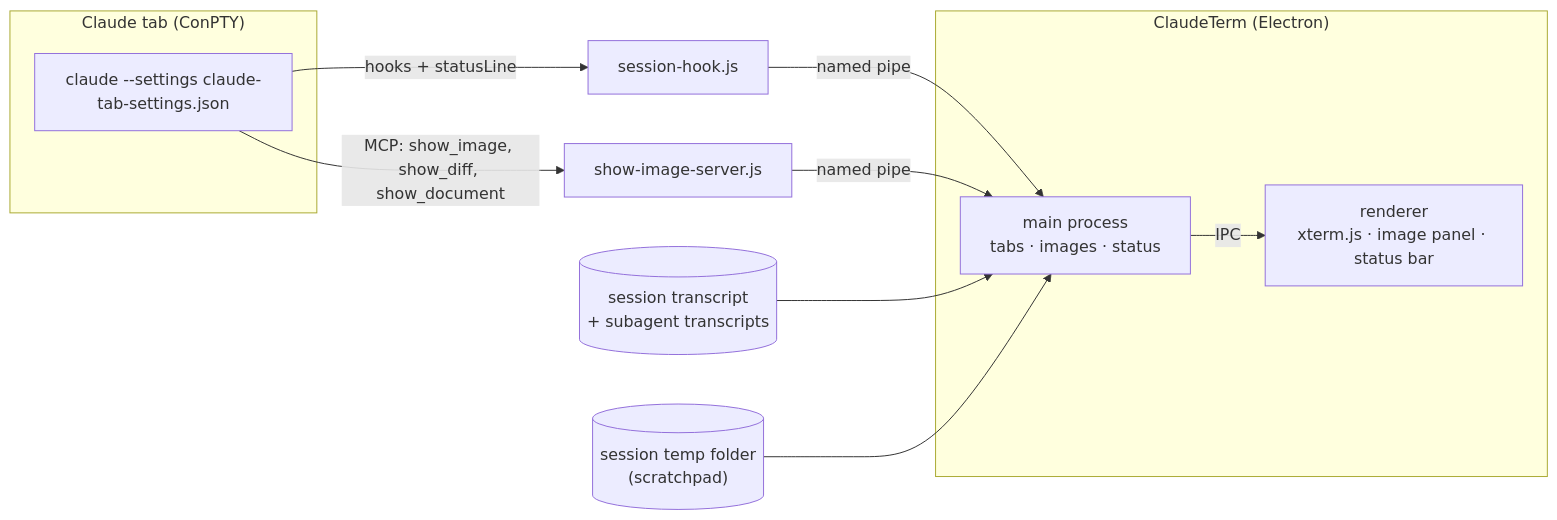
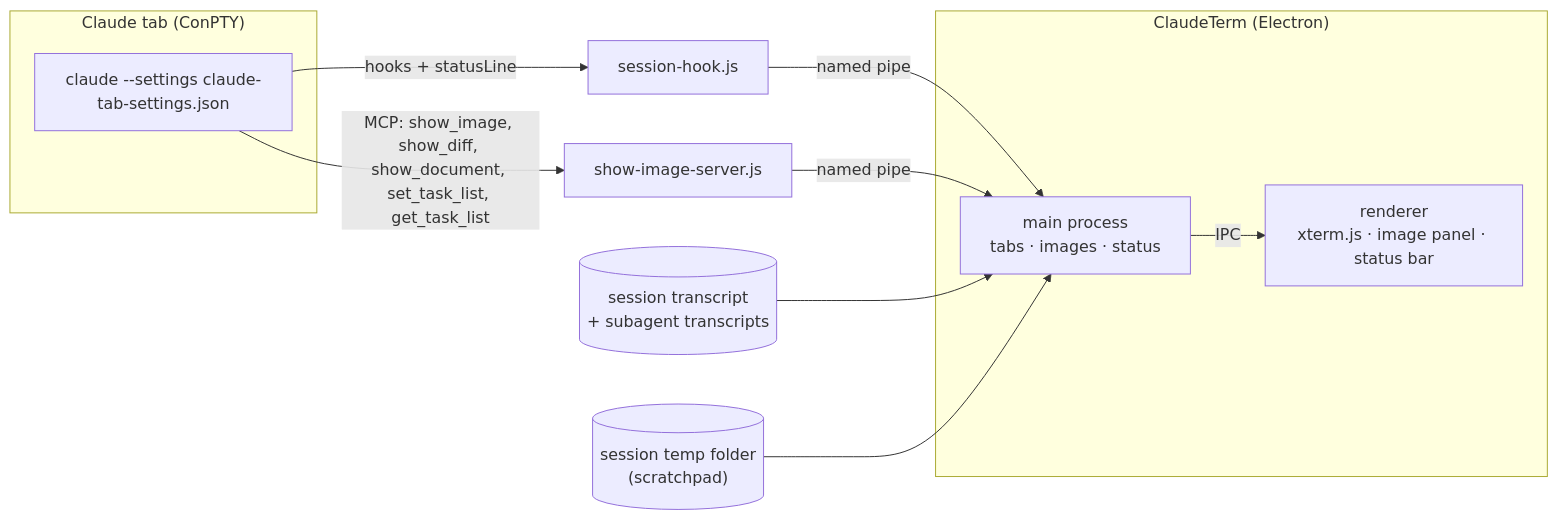
One commit to DmVergasov/ClaudeTerm changed the diagram in README.md. Above: the diagram before and after it, drawn with Mermaid. The commit also changed other lines of this file and 28 other files, not shown here.

First line of the commit message:
feat: Claude can keep a task list that the status bar shows, with the bundled set_task_list tool

````diff
--- a/README.md
+++ b/README.md
@@ -275,15 +277,15 @@
 ```mermaid
 flowchart LR
   subgraph tab["Claude tab (ConPTY)"]
     claude["claude --settings claude-tab-settings.json"]
   end
   claude -- "hooks + statusLine" --> hook["session-hook.js"]
-  claude -- "MCP: show_image, show_diff, show_document" --> mcp["show-image-server.js"]
+  claude -- "MCP: show_image, show_diff, show_document, set_task_list, get_task_list" --> mcp["show-image-server.js"]
   hook -- "named pipe" --> main
   mcp -- "named pipe" --> main
   transcript[("session transcript\n+ subagent transcripts")] --> main
   scratchpad[("session temp folder\n(scratchpad)")] --> main
   subgraph app["ClaudeTerm (Electron)"]
     main["main process\ntabs · images · status"] -- IPC --> renderer["renderer\nxterm.js · image panel · status bar"]
   end
 ```
````
